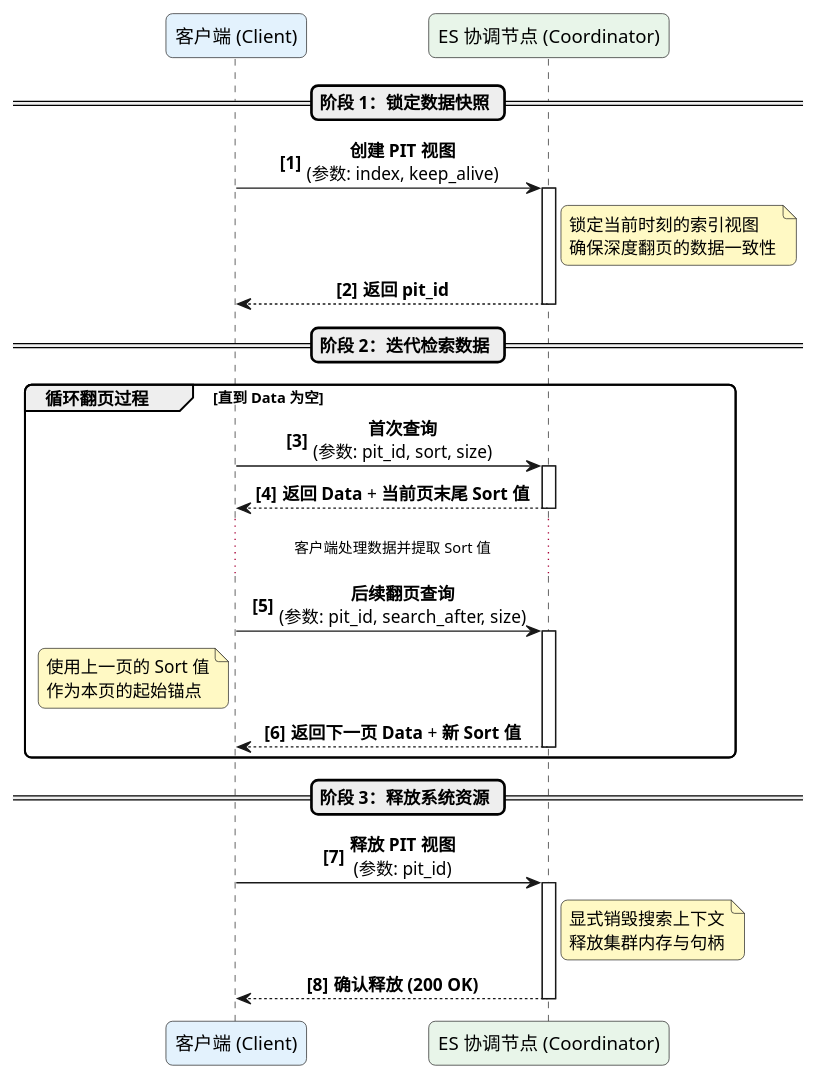
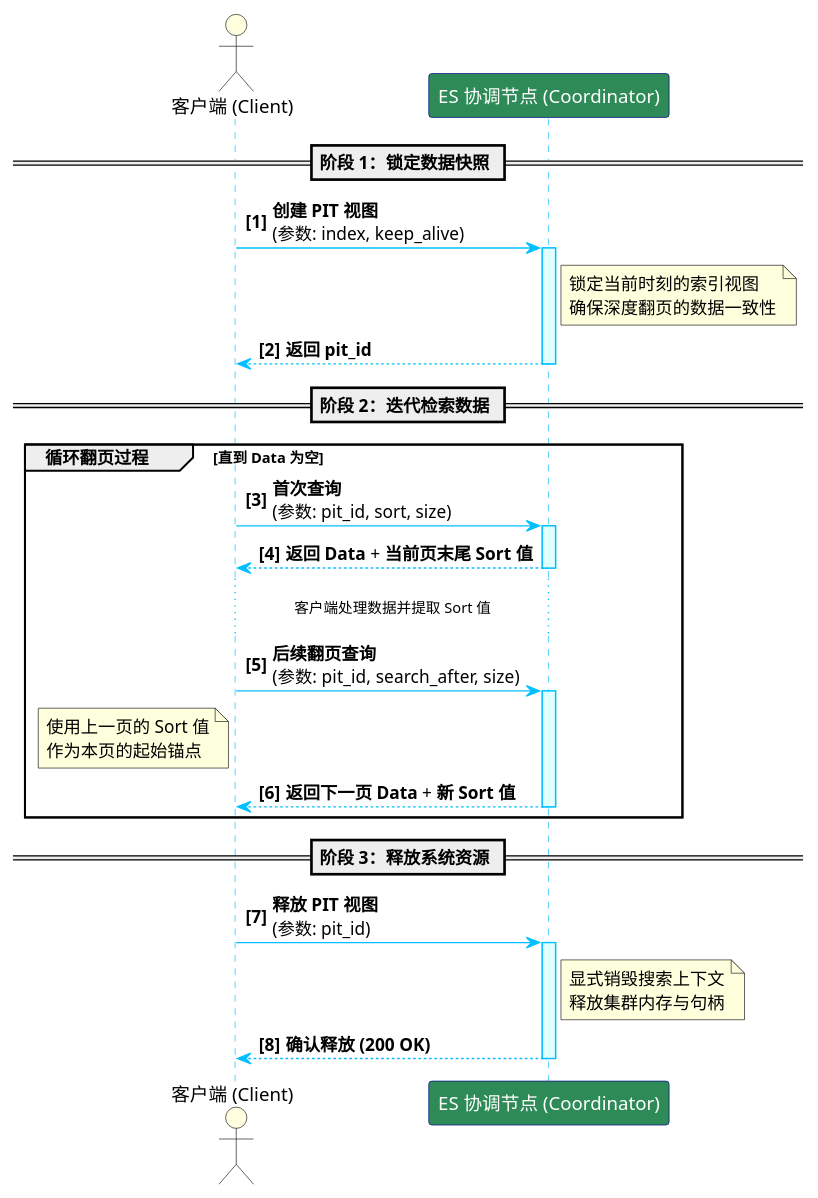
The diagram in elastic/elastic5.md (Lin-Lambert/obisdian), drawn with PlantUML before and after one commit. The commit also changed 5 other files, not shown here.

Commit message:
调整uml流程图样式

````diff
--- a/elastic/elastic5.md
+++ b/elastic/elastic5.md
@@ -63,49 +63,56 @@
 ```plantuml
 @startuml
-' --- 样式设置 ---
-skinparam handwritten false
-skinparam roundcorner 10
-skinparam ParticipantPadding 40
-skinparam SequenceMessageAlign center
-skinparam NoteBackgroundColor #FFF9C4
+' 全局样式配色 (遵循 uml skill 规范中的 skinparam 说明)
+skinparam sequence {
+    ArrowColor DeepSkyBlue
+    LifeLineBorderColor DeepSkyBlue
+    LifeLineBackgroundColor #E0FFFF
+    
+    ParticipantBorderColor DarkBlue
+    ParticipantFontColor White
+    
+    NoteBackgroundColor #FEFEE2
+    NoteBorderColor #E5D539
+}
 
-participant "客户端 (Client)" as C #E3F2FD
-participant "ES 协调节点 (Coordinator)" as ES #E8F5E9
+' 个体元素的专用配色 (遵循 uml skill 规范中的 #color 说明)
+actor "客户端 (Client)" as C #LightYellow
+participant "ES 协调节点 (Coordinator)" as ES #SeaGreen
 
 autonumber "<b>[0]</b>"
 
 == 阶段 1：锁定数据快照 ==
 
 C -> ES: **创建 PIT 视图**\n(参数: index, keep_alive)
 activate ES
 note right of ES: 锁定当前时刻的索引视图\n确保深度翻页的数据一致性
 ES --> C: **返回 pit_id**
 deactivate ES
 
 == 阶段 2：迭代检索数据 ==
 
 group 循环翻页过程 [直到 Data 为空]
     C -> ES: **首次查询**\n(参数: pit_id, sort, size)
     activate ES
     ES --> C: **返回 Data** + **当前页末尾 Sort 值**
     deactivate ES
 
     ... 客户端处理数据并提取 Sort 值 ...
 
     C -> ES: **后续翻页查询**\n(参数: pit_id, search_after, size)
     activate ES
     note left of C: 使用上一页的 Sort 值\n作为本页的起始锚点
     ES --> C: **返回下一页 Data** + **新 Sort 值**
     deactivate ES
 end
 
 == 阶段 3：释放系统资源 ==
 
 C -> ES: **释放 PIT 视图**\n(参数: pit_id)
 activate ES
 note right of ES: 显式销毁搜索上下文\n释放集群内存与句柄
 ES --> C: **确认释放 (200 OK)**
 deactivate ES
 
 @enduml
 ```
````
